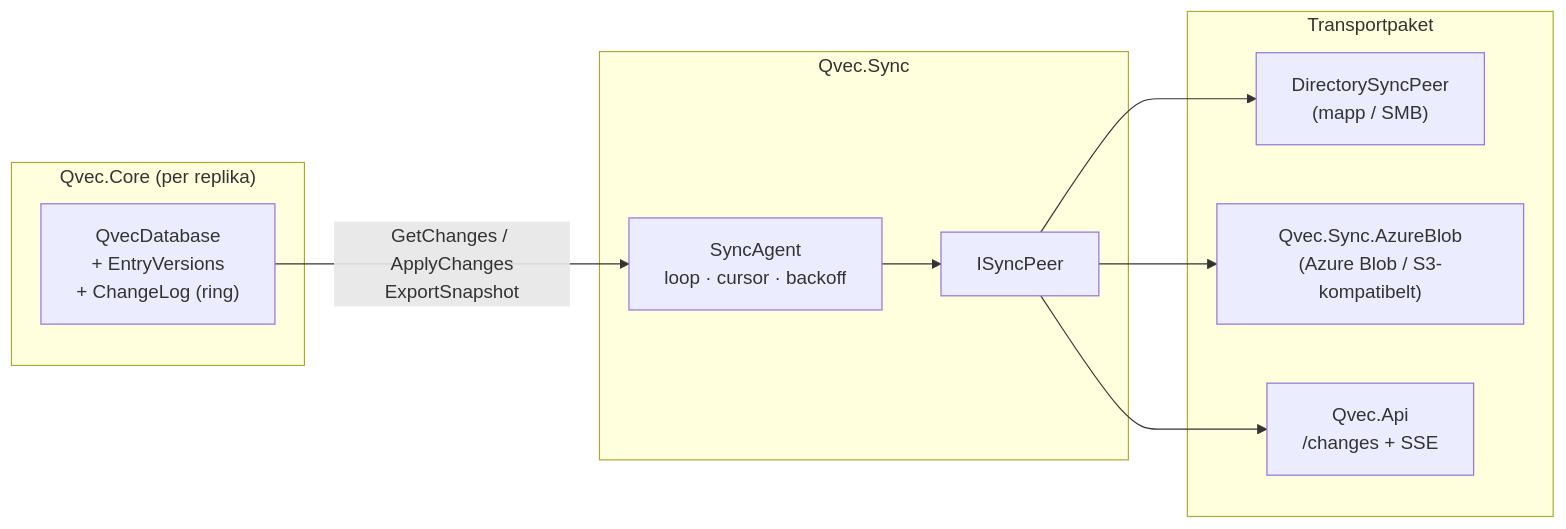
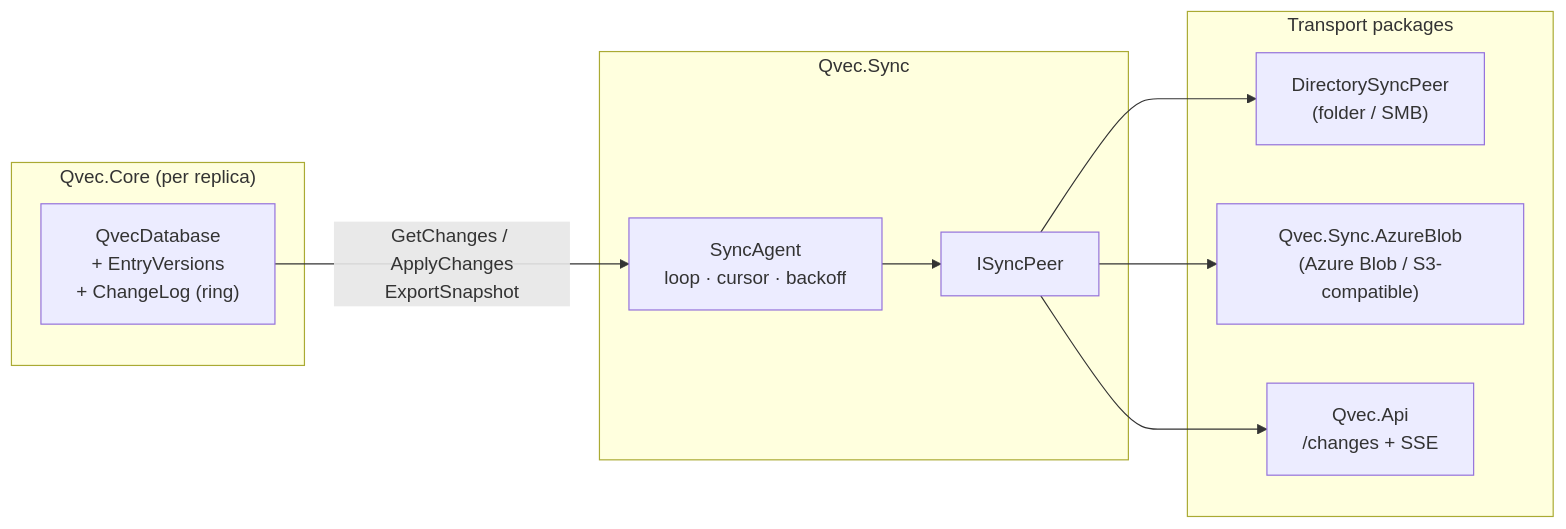
The diagram in docs/design-sync-engine.md (matengo/Qvec), drawn with Mermaid before and after one commit. The commit also changed other lines of this file and 15 other files, not shown here.

````diff
--- a/docs/design-sync-engine.md
+++ b/docs/design-sync-engine.md
@@ -40,18 +40,18 @@
 ```mermaid
 flowchart LR
-    subgraph Core["Qvec.Core (per replika)"]
+    subgraph Core["Qvec.Core (per replica)"]
         DB["QvecDatabase\n+ EntryVersions\n+ ChangeLog (ring)"]
     end
     subgraph Sync["Qvec.Sync"]
         Agent["SyncAgent\nloop · cursor · backoff"]
         Peer["ISyncPeer"]
     end
-    subgraph Transports["Transportpaket"]
-        Dir["DirectorySyncPeer\n(mapp / SMB)"]
-        Blob["Qvec.Sync.AzureBlob\n(Azure Blob / S3-kompatibelt)"]
+    subgraph Transports["Transport packages"]
+        Dir["DirectorySyncPeer\n(folder / SMB)"]
+        Blob["Qvec.Sync.AzureBlob\n(Azure Blob / S3-compatible)"]
         Http["Qvec.Api\n/changes + SSE"]
     end
     DB -- "GetChanges / ApplyChanges\nExportSnapshot" --> Agent
     Agent --> Peer
     Peer --> Dir & Blob & Http
 ```
````
